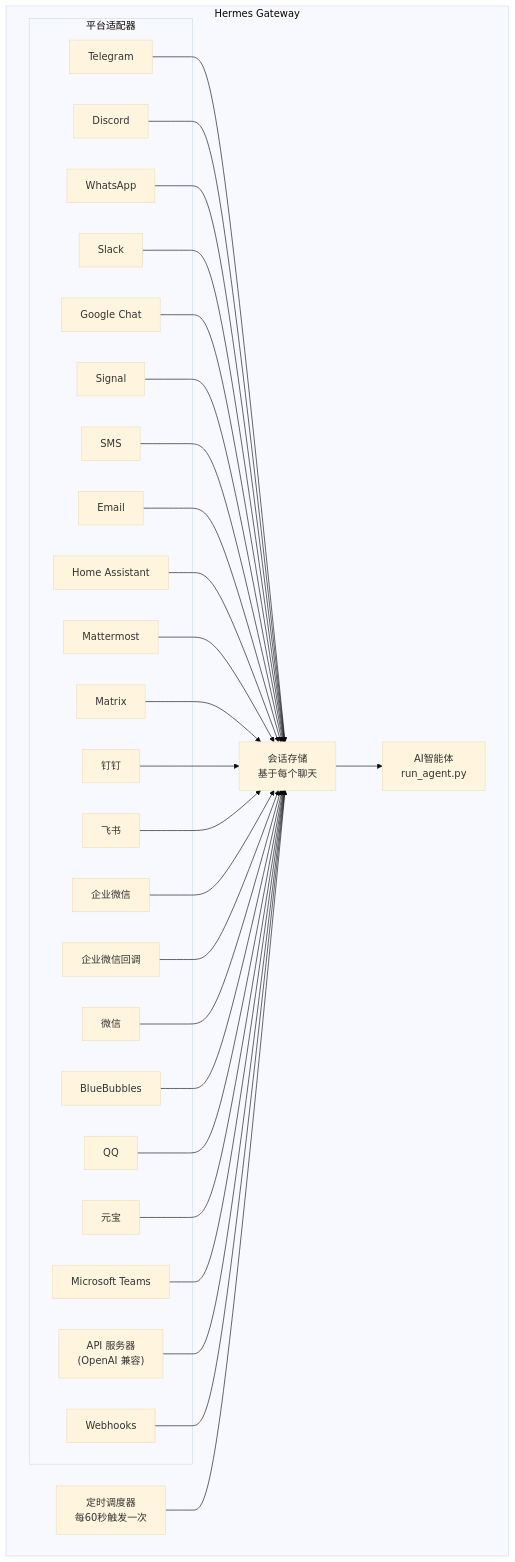
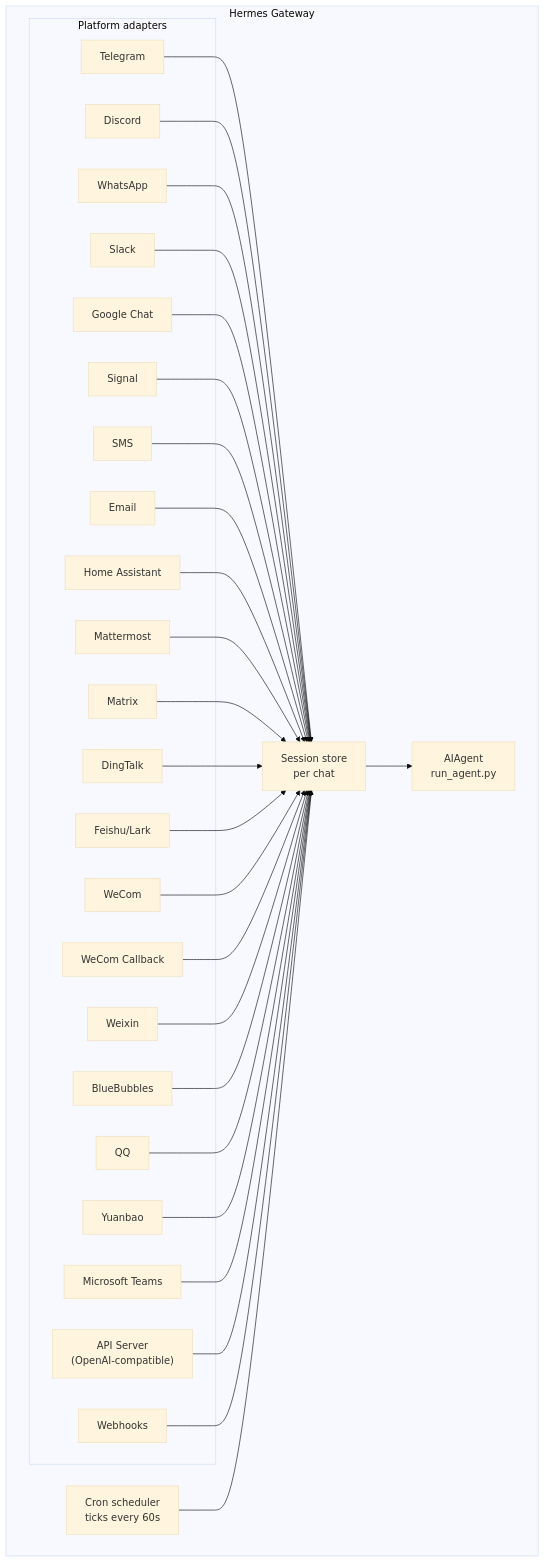
Before and after one commit to renxia/hermes-agent-docs: the diagram in i18n/zh-CN/docusaurus-plugin-content-docs/current/user-guide/messaging/index.md, drawn with Mermaid (base theme). The commit also changed other lines of this file and 446 other files, not shown here.

````diff
--- a/i18n/zh-CN/docusaurus-plugin-content-docs/current/user-guide/messaging/index.md
+++ b/i18n/zh-CN/docusaurus-plugin-content-docs/current/user-guide/messaging/index.md
@@ -48,58 +49,58 @@
 ```mermaid
 flowchart TB
     subgraph Gateway["Hermes Gateway"]
-        subgraph Adapters["平台适配器"]
+        subgraph Adapters["Platform adapters"]
             tg[Telegram]
             dc[Discord]
             wa[WhatsApp]
             sl[Slack]
             gc[Google Chat]
             sig[Signal]
             sms[SMS]
             em[Email]
             ha[Home Assistant]
             mm[Mattermost]
             mx[Matrix]
-            dt[钉钉]
-    fs[飞书]
-    wc[企业微信]
-    wcb[企业微信回调]
-    wx[微信]
+            dt[DingTalk]
+    fs[Feishu/Lark]
+    wc[WeCom]
+    wcb[WeCom Callback]
+    wx[Weixin]
     bb[BlueBubbles]
     qq[QQ]
-    yb[元宝]
+    yb[Yuanbao]
     ms[Microsoft Teams]
-    api["API 服务器<br/>(OpenAI 兼容)"]
+    api["API Server<br/>(OpenAI-compatible)"]
     wh[Webhooks]
         end
 
-        store["会话存储<br/>基于每个聊天"]
-        agent["AI智能体<br/>run_agent.py"]
-        cron["定时调度器<br/>每60秒触发一次"]
+        store["Session store<br/>per chat"]
+        agent["AIAgent<br/>run_agent.py"]
+        cron["Cron scheduler<br/>ticks every 60s"]
     end
 
     tg --> store
     dc --> store
     wa --> store
     sl --> store
     gc --> store
     sig --> store
     sms --> store
     em --> store
     ha --> store
     mm --> store
     mx --> store
     dt --> store
     fs --> store
     wc --> store
     wcb --> store
     wx --> store
     bb --> store
     qq --> store
     yb --> store
     ms --> store
     api --> store
     wh --> store
     store --> agent
     cron --> store
 ```
````
